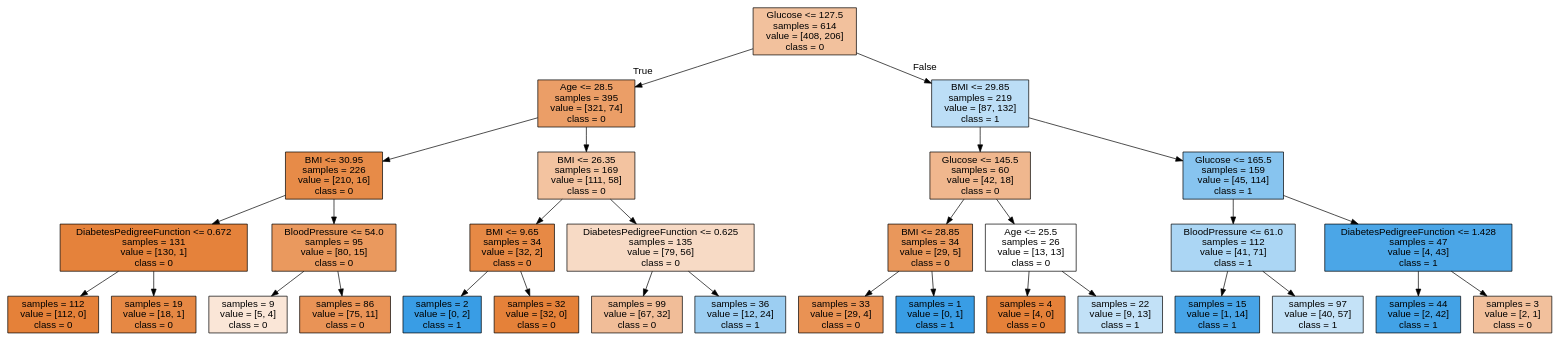
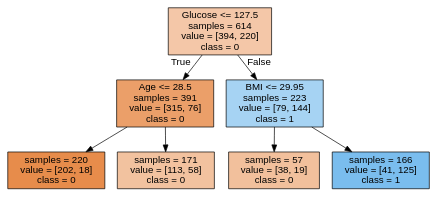
One commit to Timo4D/MachineLearning-SoSe2024 changed the diagram in tree.dot. Above: the diagram before and after it, drawn with Graphviz. The commit also changed 9 other files, not shown here.

```diff
--- a/tree.dot
+++ b/tree.dot
@@ -1,65 +1,17 @@
 digraph Tree {
 node [shape=box, style="filled", color="black", fontname="helvetica"] ;
 edge [fontname="helvetica"] ;
-0 [label="Glucose <= 127.5\nsamples = 614\nvalue = [408, 206]\nclass = 0", fillcolor="#f2c19d"] ;
-1 [label="Age <= 28.5\nsamples = 395\nvalue = [321, 74]\nclass = 0", fillcolor="#eb9e67"] ;
+0 [label="Glucose <= 127.5\nsamples = 614\nvalue = [394, 220]\nclass = 0", fillcolor="#f4c7a8"] ;
+1 [label="Age <= 28.5\nsamples = 391\nvalue = [315, 76]\nclass = 0", fillcolor="#eb9f69"] ;
 0 -> 1 [labeldistance=2.5, labelangle=45, headlabel="True"] ;
-2 [label="BMI <= 30.95\nsamples = 226\nvalue = [210, 16]\nclass = 0", fillcolor="#e78b48"] ;
+2 [label="samples = 220\nvalue = [202, 18]\nclass = 0", fillcolor="#e78c4b"] ;
 1 -> 2 ;
-3 [label="DiabetesPedigreeFunction <= 0.672\nsamples = 131\nvalue = [130, 1]\nclass = 0", fillcolor="#e5823b"] ;
-2 -> 3 ;
-4 [label="samples = 112\nvalue = [112, 0]\nclass = 0", fillcolor="#e58139"] ;
-3 -> 4 ;
-5 [label="samples = 19\nvalue = [18, 1]\nclass = 0", fillcolor="#e68844"] ;
-3 -> 5 ;
-6 [label="BloodPressure <= 54.0\nsamples = 95\nvalue = [80, 15]\nclass = 0", fillcolor="#ea995e"] ;
-2 -> 6 ;
-7 [label="samples = 9\nvalue = [5, 4]\nclass = 0", fillcolor="#fae6d7"] ;
-6 -> 7 ;
-8 [label="samples = 86\nvalue = [75, 11]\nclass = 0", fillcolor="#e99356"] ;
-6 -> 8 ;
-9 [label="BMI <= 26.35\nsamples = 169\nvalue = [111, 58]\nclass = 0", fillcolor="#f3c3a0"] ;
-1 -> 9 ;
-10 [label="BMI <= 9.65\nsamples = 34\nvalue = [32, 2]\nclass = 0", fillcolor="#e78945"] ;
-9 -> 10 ;
-11 [label="samples = 2\nvalue = [0, 2]\nclass = 1", fillcolor="#399de5"] ;
-10 -> 11 ;
-12 [label="samples = 32\nvalue = [32, 0]\nclass = 0", fillcolor="#e58139"] ;
-10 -> 12 ;
-13 [label="DiabetesPedigreeFunction <= 0.625\nsamples = 135\nvalue = [79, 56]\nclass = 0", fillcolor="#f7dac5"] ;
-9 -> 13 ;
-14 [label="samples = 99\nvalue = [67, 32]\nclass = 0", fillcolor="#f1bd98"] ;
-13 -> 14 ;
-15 [label="samples = 36\nvalue = [12, 24]\nclass = 1", fillcolor="#9ccef2"] ;
-13 -> 15 ;
-16 [label="BMI <= 29.85\nsamples = 219\nvalue = [87, 132]\nclass = 1", fillcolor="#bcdef6"] ;
-0 -> 16 [labeldistance=2.5, labelangle=-45, headlabel="False"] ;
-17 [label="Glucose <= 145.5\nsamples = 60\nvalue = [42, 18]\nclass = 0", fillcolor="#f0b78e"] ;
-16 -> 17 ;
-18 [label="BMI <= 28.85\nsamples = 34\nvalue = [29, 5]\nclass = 0", fillcolor="#e9975b"] ;
-17 -> 18 ;
-19 [label="samples = 33\nvalue = [29, 4]\nclass = 0", fillcolor="#e99254"] ;
-18 -> 19 ;
-20 [label="samples = 1\nvalue = [0, 1]\nclass = 1", fillcolor="#399de5"] ;
-18 -> 20 ;
-21 [label="Age <= 25.5\nsamples = 26\nvalue = [13, 13]\nclass = 0", fillcolor="#ffffff"] ;
-17 -> 21 ;
-22 [label="samples = 4\nvalue = [4, 0]\nclass = 0", fillcolor="#e58139"] ;
-21 -> 22 ;
-23 [label="samples = 22\nvalue = [9, 13]\nclass = 1", fillcolor="#c2e1f7"] ;
-21 -> 23 ;
-24 [label="Glucose <= 165.5\nsamples = 159\nvalue = [45, 114]\nclass = 1", fillcolor="#87c4ef"] ;
-16 -> 24 ;
-25 [label="BloodPressure <= 61.0\nsamples = 112\nvalue = [41, 71]\nclass = 1", fillcolor="#abd6f4"] ;
-24 -> 25 ;
-26 [label="samples = 15\nvalue = [1, 14]\nclass = 1", fillcolor="#47a4e7"] ;
-25 -> 26 ;
-27 [label="samples = 97\nvalue = [40, 57]\nclass = 1", fillcolor="#c4e2f7"] ;
-25 -> 27 ;
-28 [label="DiabetesPedigreeFunction <= 1.428\nsamples = 47\nvalue = [4, 43]\nclass = 1", fillcolor="#4ba6e7"] ;
-24 -> 28 ;
-29 [label="samples = 44\nvalue = [2, 42]\nclass = 1", fillcolor="#42a2e6"] ;
-28 -> 29 ;
-30 [label="samples = 3\nvalue = [2, 1]\nclass = 0", fillcolor="#f2c09c"] ;
-28 -> 30 ;
+3 [label="samples = 171\nvalue = [113, 58]\nclass = 0", fillcolor="#f2c29f"] ;
+1 -> 3 ;
+4 [label="BMI <= 29.95\nsamples = 223\nvalue = [79, 144]\nclass = 1", fillcolor="#a6d3f3"] ;
+0 -> 4 [labeldistance=2.5, labelangle=-45, headlabel="False"] ;
+5 [label="samples = 57\nvalue = [38, 19]\nclass = 0", fillcolor="#f2c09c"] ;
+4 -> 5 ;
+6 [label="samples = 166\nvalue = [41, 125]\nclass = 1", fillcolor="#7abdee"] ;
+4 -> 6 ;
 }
```
